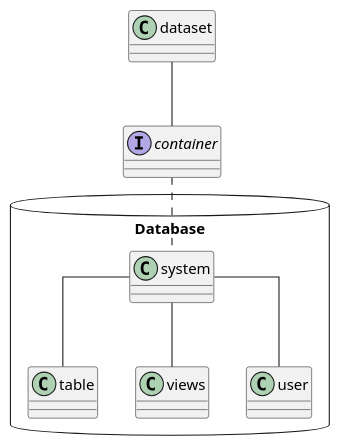
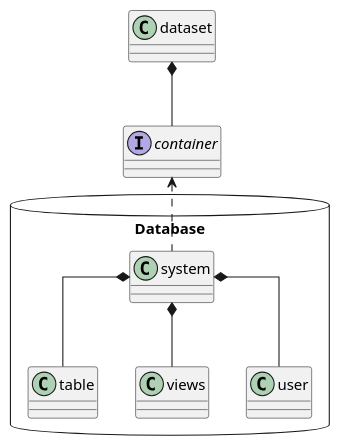
Before and after one commit to joergen-vs/73027c42-c2cd-4c62-b1f4-2532c0eb8dab: the diagram in usage/aspirations/umls/uml-db.puml, drawn with PlantUML. The commit also changed 5 other files, not shown here.

```diff
--- a/usage/aspirations/umls/uml-db.puml
+++ b/usage/aspirations/umls/uml-db.puml
@@ -1,16 +1,16 @@
 @startuml
 skinparam linetype polyline
 skinparam linetype ortho
 
 class dataset
 interface container
-dataset -- container
+dataset *-- container
 
 package "Database" <<Database>> {
-container .. system
-system -- table
-system -- views
-system -- user
+container <.. system
+system *-- table
+system *-- views
+system *-- user
 }
 
 @enduml
```
